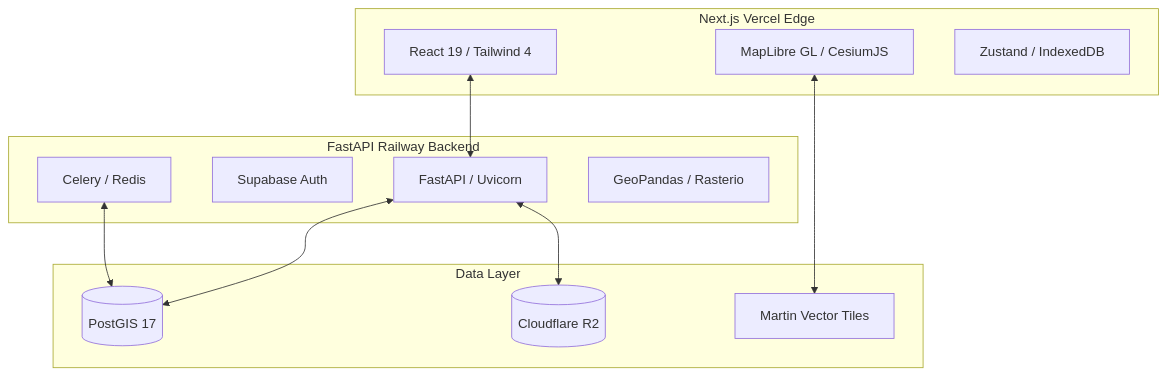
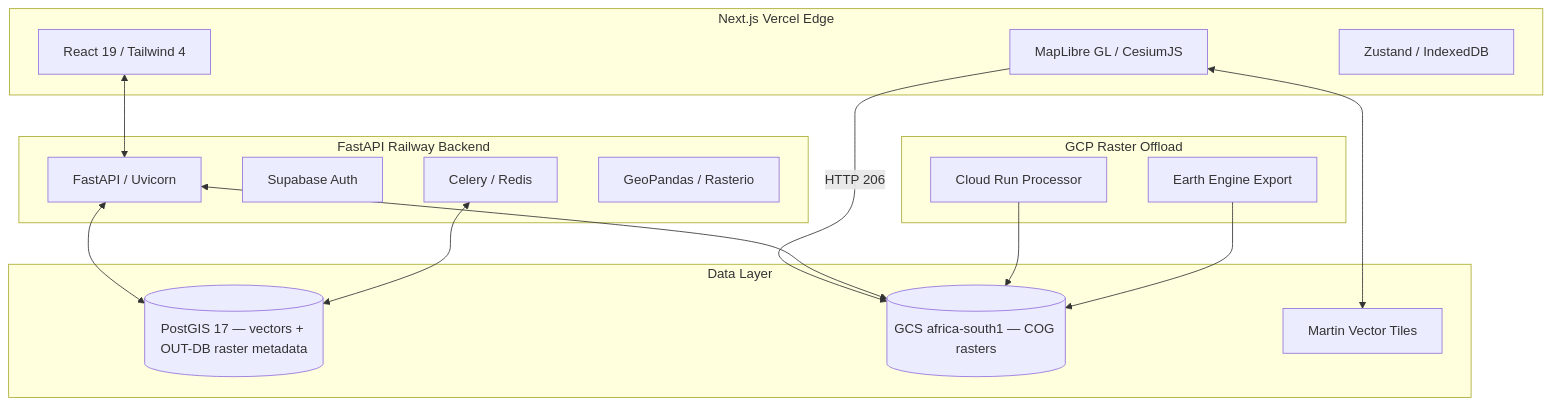
Before and after one commit to 220631948/cape-connect: the diagram in README.md, drawn with Mermaid. The commit also changed other lines of this file and 10 other files, not shown here.

````diff
--- a/README.md
+++ b/README.md
@@ -24,27 +61,35 @@
 ```mermaid
 graph TD
     subgraph Frontend [Next.js Vercel Edge]
         UI[React 19 / Tailwind 4]
         Map[MapLibre GL / CesiumJS]
         State[Zustand / IndexedDB]
     end
 
     subgraph Backend [FastAPI Railway Backend]
         API[FastAPI / Uvicorn]
         Auth[Supabase Auth]
         Tasks[Celery / Redis]
         GIS[GeoPandas / Rasterio]
     end
 
     subgraph Data [Data Layer]
-        DB[(PostGIS 17)]
-        R2[(Cloudflare R2)]
+        DB[(PostGIS 17 — vectors + OUT-DB raster metadata)]
+        GCS[(GCS africa-south1 — COG rasters)]
         Martin[Martin Vector Tiles]
+    end
+
+    subgraph GCP [GCP Raster Offload]
+        CloudRun[Cloud Run Processor]
+        GEE[Earth Engine Export]
     end
 
     UI <--> API
     Map <--> Martin
+    Map -- HTTP 206 --> GCS
     API <--> DB
-    API <--> R2
+    API <--> GCS
     Tasks <--> DB
+    CloudRun --> GCS
+    GEE --> GCS
 ```
````
